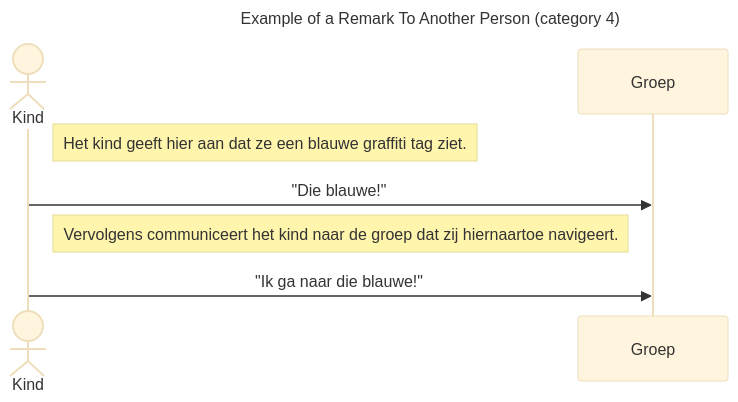
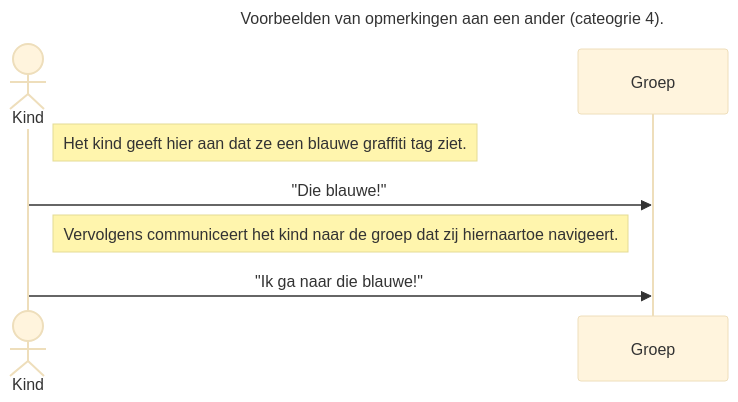
One commit to Dionysi/AnnotationTool-Release changed the fourth of 10 diagrams in Annotation-rules-refactor.md. Above: the diagram before and after it, drawn with Mermaid (base theme). The commit also changed other lines of this file, not shown here.

````diff
--- a/Annotation-rules-refactor.md
+++ b/Annotation-rules-refactor.md
@@ -93,9 +93,9 @@
     ```mermaid
     sequenceDiagram
-        title Example of a Remark To Another Person (category 4) 
+        title Voorbeelden van opmerkingen aan een ander (cateogrie 4). 
         actor Kind
         Note right of Kind:  Het kind geeft hier aan dat ze een blauwe graffiti tag ziet.
         Kind->>Groep: "Die blauwe!"
         Note right of Kind: Vervolgens communiceert het kind naar de groep dat zij hiernaartoe navigeert.
         Kind->>Groep: "Ik ga naar die blauwe!"
     ```
````
